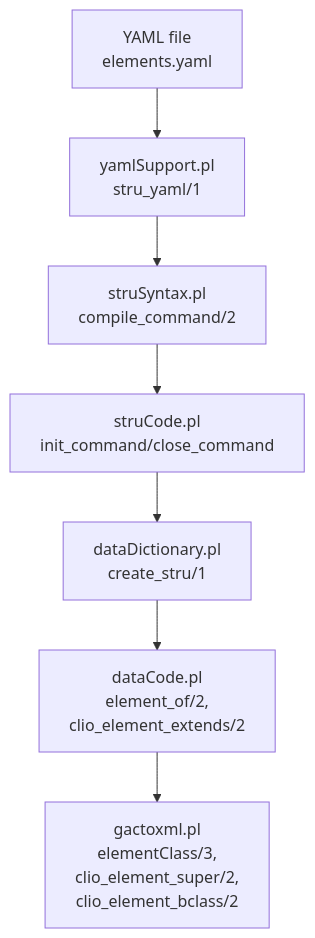
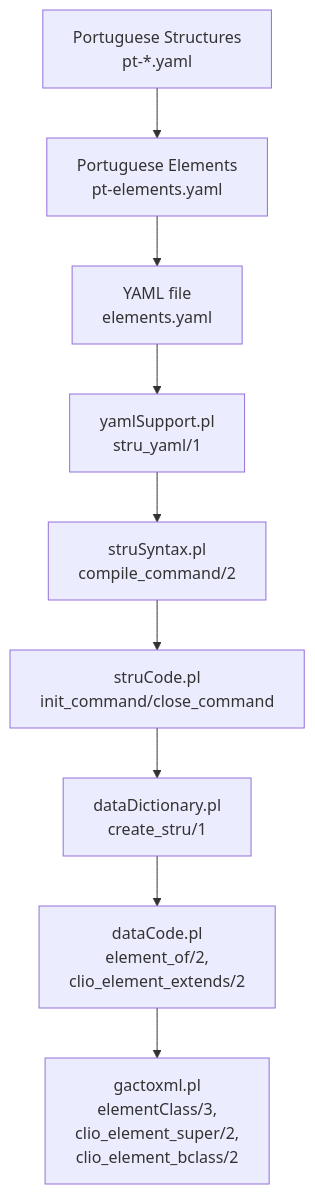
One commit to time-link/timelink-kleio changed the first of 6 diagrams in .qoder/repowiki/en/content/Structure Definition System/Element Definitions.md. Above: the diagram before and after it, drawn with Mermaid. The commit also changed other lines of this file and 189 other files, not shown here.

````diff
--- a/.qoder/repowiki/en/content/Structure Definition System/Element Definitions.md
+++ b/.qoder/repowiki/en/content/Structure Definition System/Element Definitions.md
@@ -40,9 +56,11 @@
 ```mermaid
 graph TB
 A["YAML file<br/>elements.yaml"] --> B["yamlSupport.pl<br/>stru_yaml/1"]
 B --> C["struSyntax.pl<br/>compile_command/2"]
 C --> D["struCode.pl<br/>init_command/close_command"]
 D --> E["dataDictionary.pl<br/>create_stru/1"]
 E --> F["dataCode.pl<br/>element_of/2,<br/>clio_element_extends/2"]
 F --> G["gactoxml.pl<br/>elementClass/3,<br/>clio_element_super/2,<br/>clio_element_bclass/2"]
+H["Portuguese Elements<br/>pt-elements.yaml"] --> A
+I["Portuguese Structures<br/>pt-*.yaml"] --> H
 ```
````
